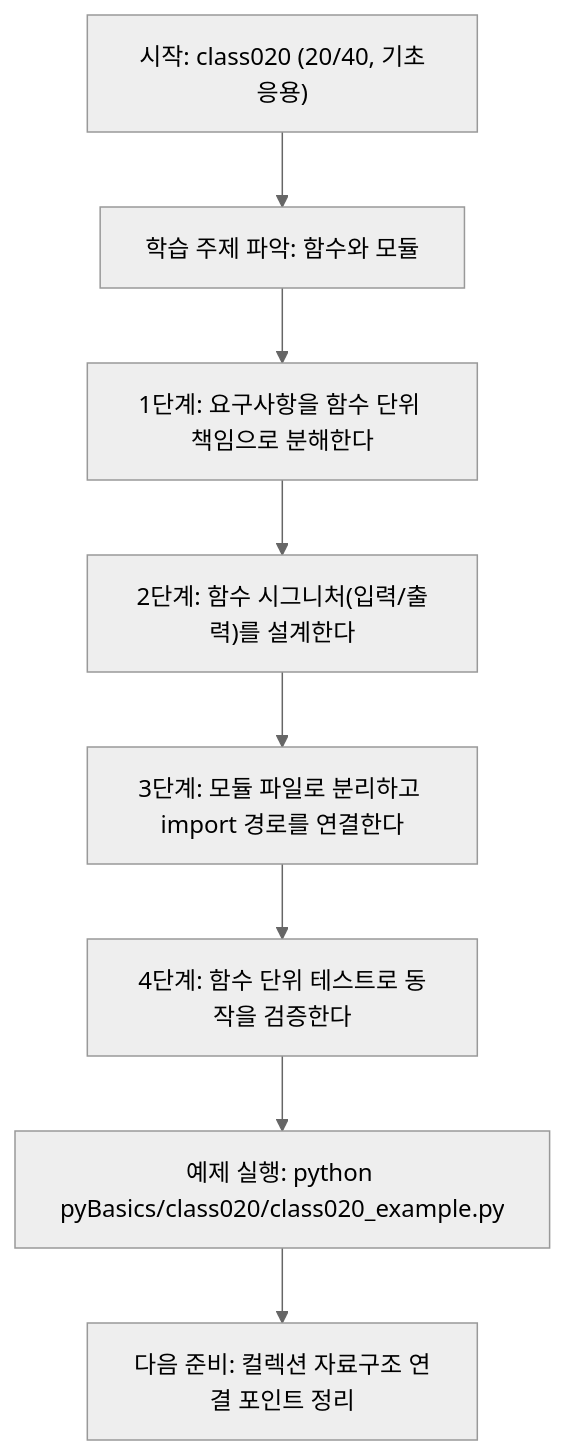
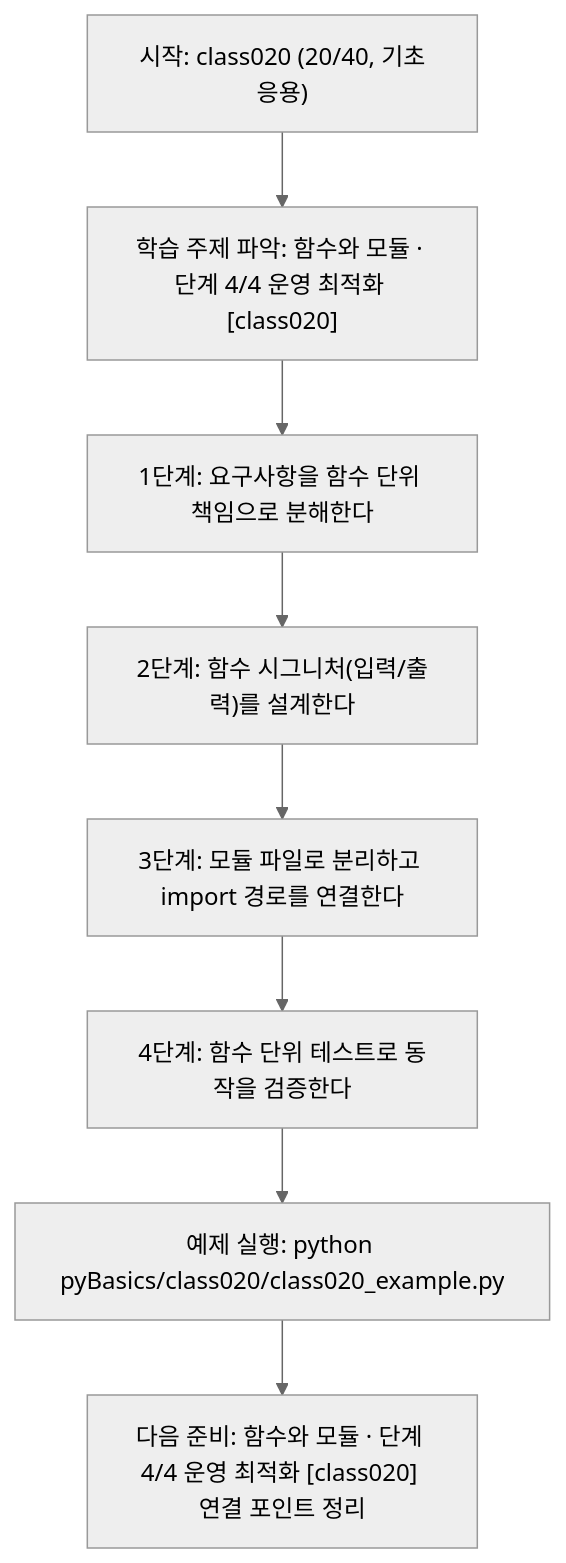
The diagram in pyBasics/class020/class020.md (edumgt/Python-AI_Agent-Class), drawn with Mermaid (neutral theme) before and after one commit. The commit also changed other lines of this file and 522 other files, not shown here.

````diff
--- a/pyBasics/class020/class020.md
+++ b/pyBasics/class020/class020.md
@@ -108,18 +109,18 @@
 ```mermaid
 flowchart TD
 N1["시작: class020 (20/40, 기초응용)"]
-N2["학습 주제 파악: 함수와 모듈"]
+N2["학습 주제 파악: 함수와 모듈 · 단계 4/4 운영 최적화 [class020]"]
 N3["1단계: 요구사항을 함수 단위 책임으로 분해한다"]
 N4["2단계: 함수 시그니처(입력/출력)를 설계한다"]
 N5["3단계: 모듈 파일로 분리하고 import 경로를 연결한다"]
 N6["4단계: 함수 단위 테스트로 동작을 검증한다"]
 N7["예제 실행: python pyBasics/class020/class020_example.py"]
-N8["다음 준비: 컬렉션 자료구조 연결 포인트 정리"]
+N8["다음 준비: 함수와 모듈 · 단계 4/4 운영 최적화 [class020] 연결 포인트 정리"]
 N1 --> N2
 N2 --> N3
 N3 --> N4
 N4 --> N5
 N5 --> N6
 N6 --> N7
 N7 --> N8
 ```
````
